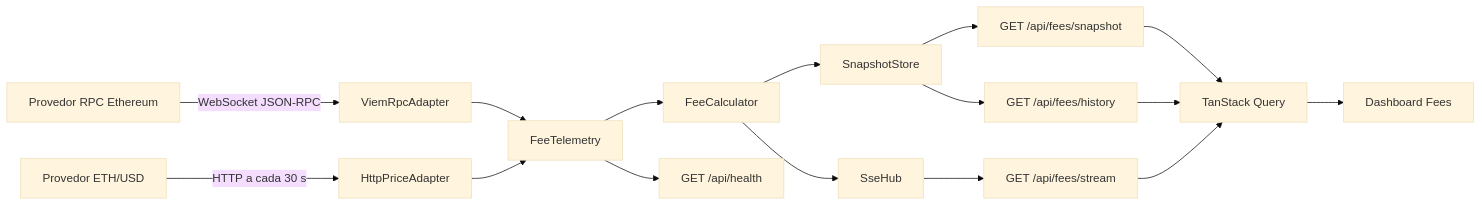
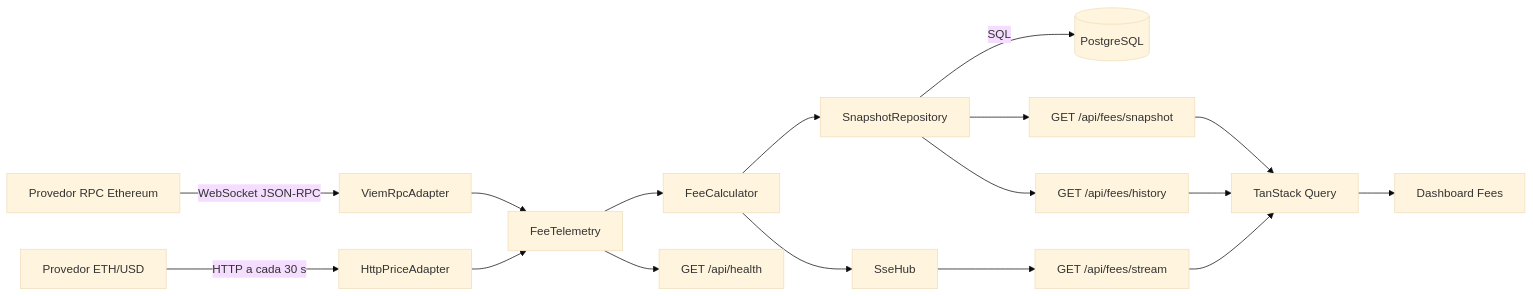
Before and after one commit to van-carli/projeto-alphractal-blockas: the diagram in docs/arquitetura.md, drawn with Mermaid (base theme). The commit also changed other lines of this file and 3 other files, not shown here.

Commit message:
docs: adota PostgreSQL na arquitetura

````diff
--- a/docs/arquitetura.md
+++ b/docs/arquitetura.md
@@ -18,21 +18,22 @@
 ```mermaid
 flowchart LR
     RPC[Provedor RPC Ethereum] -->|WebSocket JSON-RPC| VIEM[ViemRpcAdapter]
     PRICE[Provedor ETH/USD] -->|HTTP a cada 30 s| PRICEADAPTER[HttpPriceAdapter]
 
     VIEM --> TELEMETRY[FeeTelemetry]
     PRICEADAPTER --> TELEMETRY
     TELEMETRY --> CALC[FeeCalculator]
-    CALC --> STORE[SnapshotStore]
+    CALC --> STORE[SnapshotRepository]
     CALC --> HUB[SseHub]
+    STORE -->|SQL| POSTGRES[(PostgreSQL)]
 
     STORE --> SNAPSHOT[GET /api/fees/snapshot]
     STORE --> HISTORY[GET /api/fees/history]
     TELEMETRY --> HEALTH[GET /api/health]
     HUB --> STREAM[GET /api/fees/stream]
 
     SNAPSHOT --> QUERY[TanStack Query]
     HISTORY --> QUERY
     STREAM --> QUERY
     QUERY --> DASHBOARD[Dashboard Fees]
 ```
````
